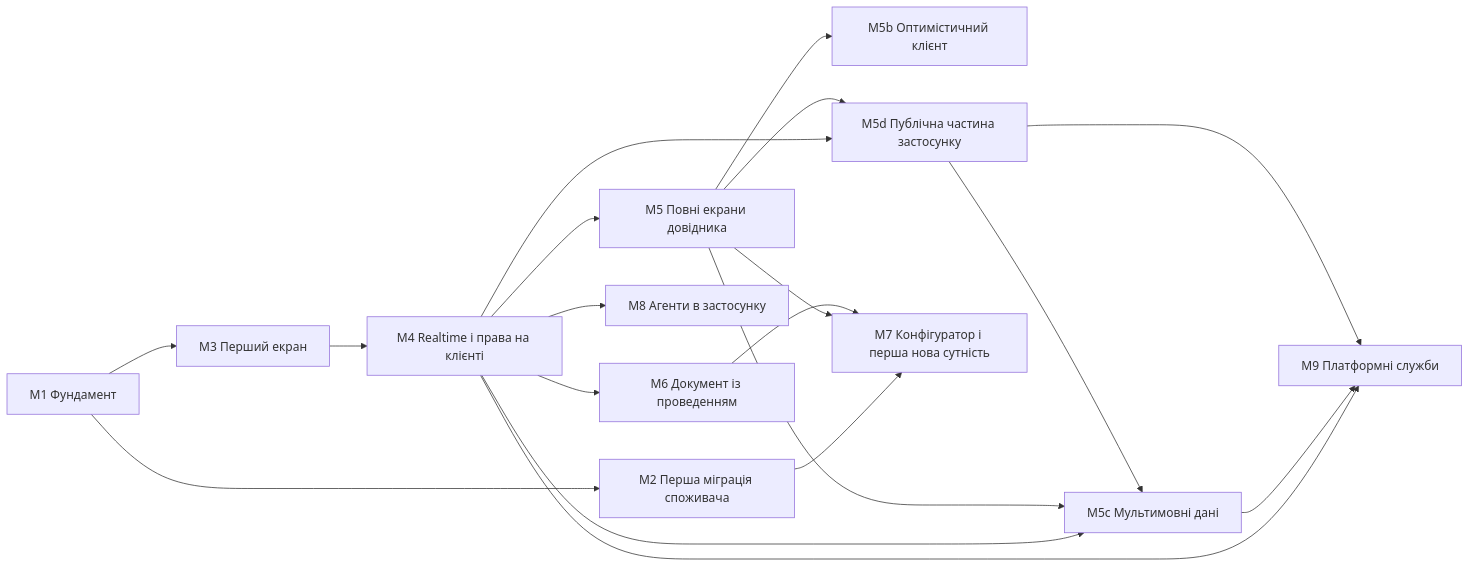
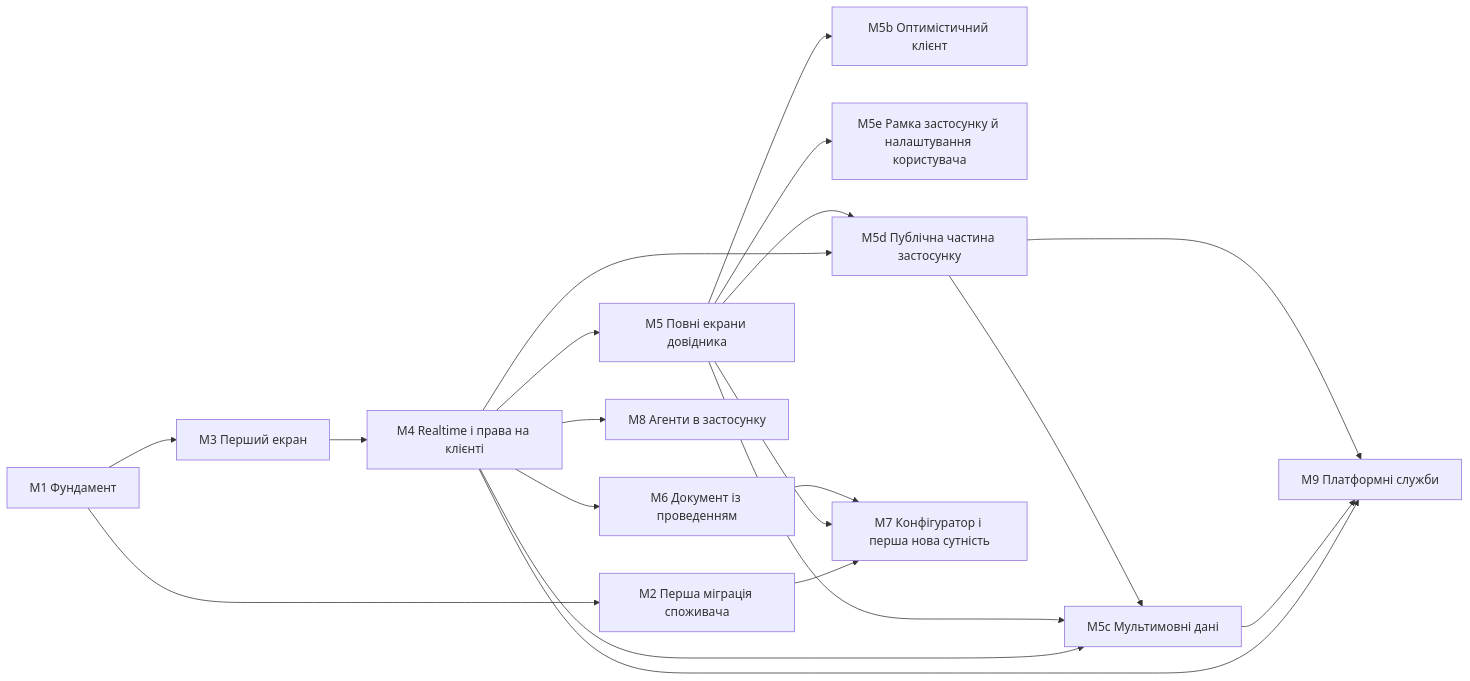
Before and after one commit to VSydorenko/Simetra: the diagram in docs/ROADMAP.md, drawn with Mermaid. The commit also changed other lines of this file, not shown here.

First line of the commit message:
docs(roadmap): віха М5e «Рамка застосунку й налаштування користувача»

````diff
--- a/docs/ROADMAP.md
+++ b/docs/ROADMAP.md
@@ -12,21 +12,22 @@
 ```mermaid
 flowchart LR
   M1[М1 Фундамент] --> M2[М2 Перша міграція споживача]
   M1 --> M3[М3 Перший екран]
   M3 --> M4[М4 Realtime і права на клієнті]
   M4 --> M5[М5 Повні екрани довідника]
   M5 --> M5b[М5b Оптимістичний клієнт]
+  M5 --> M5e[М5e Рамка застосунку й налаштування користувача]
   M4 --> M5c[М5c Мультимовні дані]
   M5 --> M5c
   M4 --> M5d[М5d Публічна частина застосунку]
   M5 --> M5d
   M5d --> M5c
   M4 --> M8[М8 Агенти в застосунку]
   M4 --> M6[М6 Документ із проведенням]
   M2 --> M7[М7 Конфігуратор і перша нова сутність]
   M4 --> M9[М9 Платформні служби]
   M5c --> M9
   M5d --> M9
   M5 --> M7
   M6 --> M7
 ```
````
